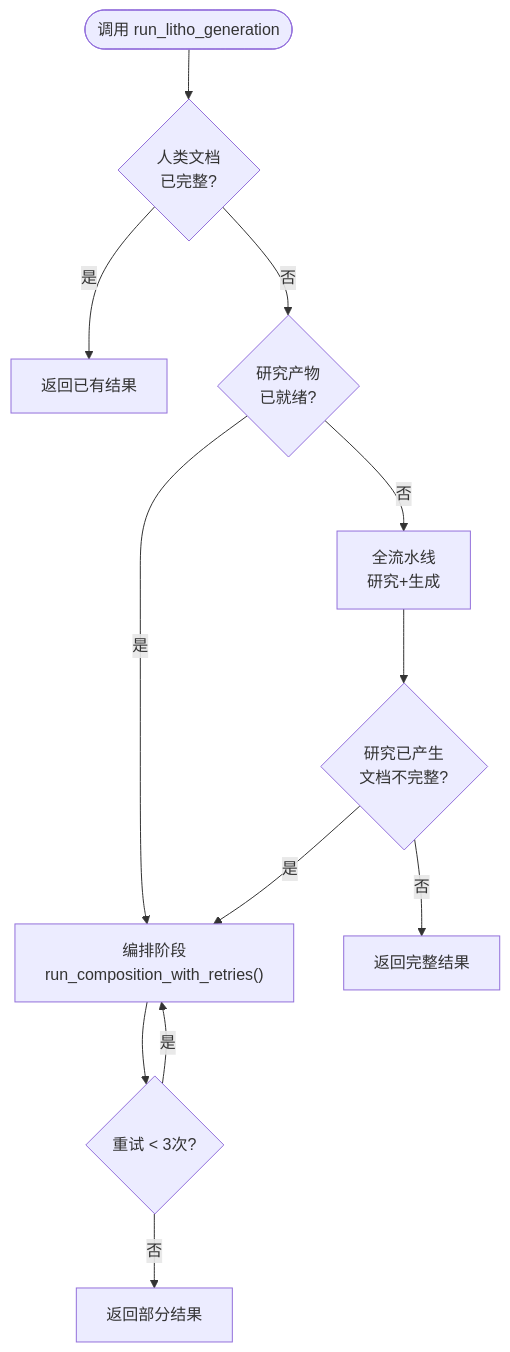
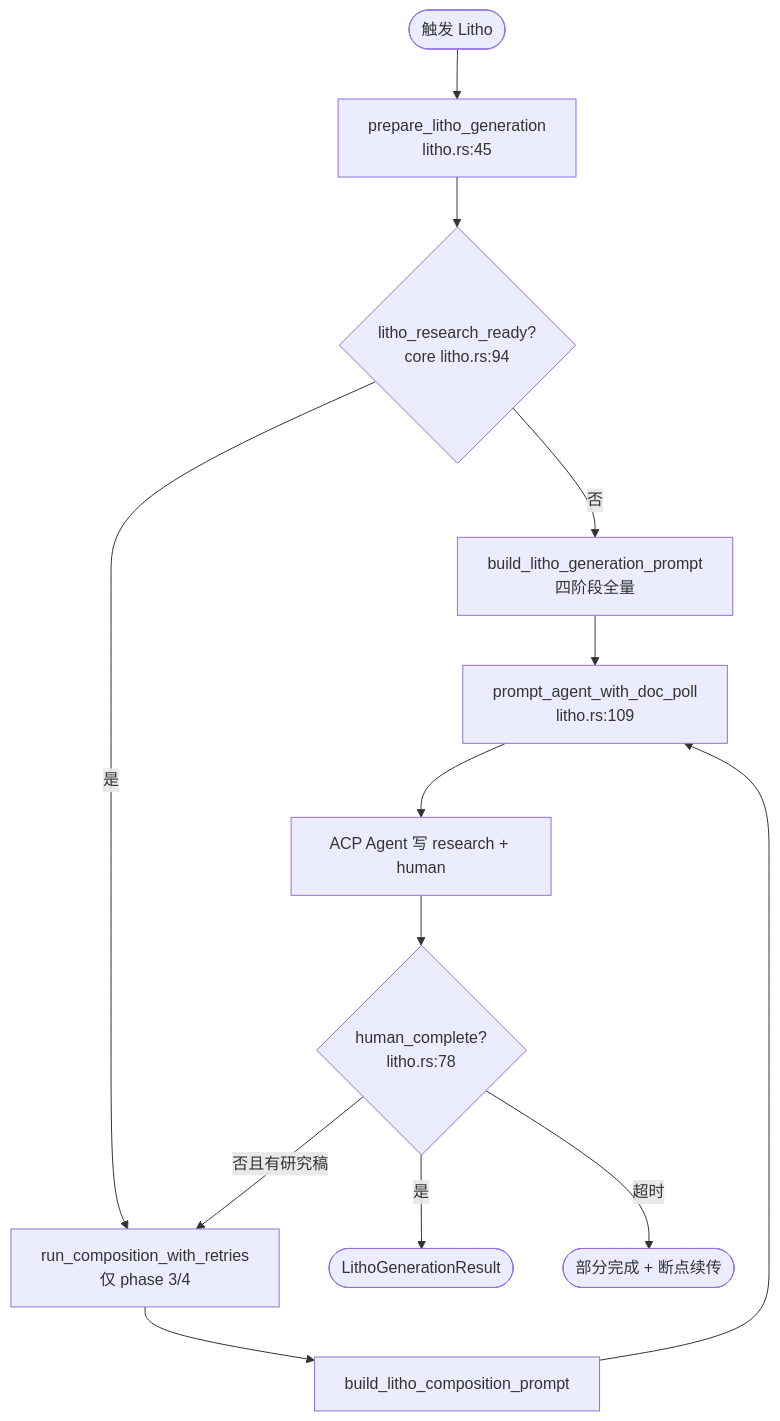
One commit to sopaco/terrain changed the fourth of 9 diagrams in .terrain/human/3.工作流.md. Above: the diagram before and after it, drawn with Mermaid. The commit also changed other lines of this file and 27 other files, not shown here.

````diff
--- a/.terrain/human/3.工作流.md
+++ b/.terrain/human/3.工作流.md
@@ -90,14 +116,15 @@
 ```mermaid
 flowchart TD
-    Start([调用 run_litho_generation]) --> CheckComplete{"人类文档<br/>已完整?"}
-    CheckComplete -->|是| ReturnExisted["返回已有结果"]
-    CheckComplete -->|否| CheckResearch{"研究产物<br/>已就绪?"}
-    CheckResearch -->|是| Compose["编排阶段<br/>run_composition_with_retries()"]
-    CheckResearch -->|否| FullPipe["全流水线<br/>研究+生成"]
-    FullPipe --> CheckResearchDone{"研究已产生<br/>文档不完整?"}
-    CheckResearchDone -->|是| Compose
-    CheckResearchDone -->|否| ReturnFull["返回完整结果"]
-    Compose --> CheckRetry{"重试 < 3次?"}
-    CheckRetry -->|是| Compose
-    CheckRetry -->|否| ReturnPartial["返回部分结果"]
+    Start([触发 Litho]) --> Prep["prepare_litho_generation<br/>litho.rs:45"]
+    Prep --> ResearchCheck{"litho_research_ready?<br/>core litho.rs:94"}
+    ResearchCheck -->|否| FullPrompt["build_litho_generation_prompt<br/>四阶段全量"]
+    ResearchCheck -->|是| ComposeOnly["run_composition_with_retries<br/>仅 phase 3/4"]
+    FullPrompt --> Poll["prompt_agent_with_doc_poll<br/>litho.rs:109"]
+    ComposeOnly --> ComposePrompt["build_litho_composition_prompt"]
+    ComposePrompt --> Poll
+    Poll --> AgentWrite["ACP Agent 写 research + human"]
+    AgentWrite --> CompleteCheck{"human_complete?<br/>litho.rs:78"}
+    CompleteCheck -->|否且有研究稿| ComposeOnly
+    CompleteCheck -->|是| Done([LithoGenerationResult])
+    CompleteCheck -->|超时| Partial([部分完成 + 断点续传])
 ```
````
